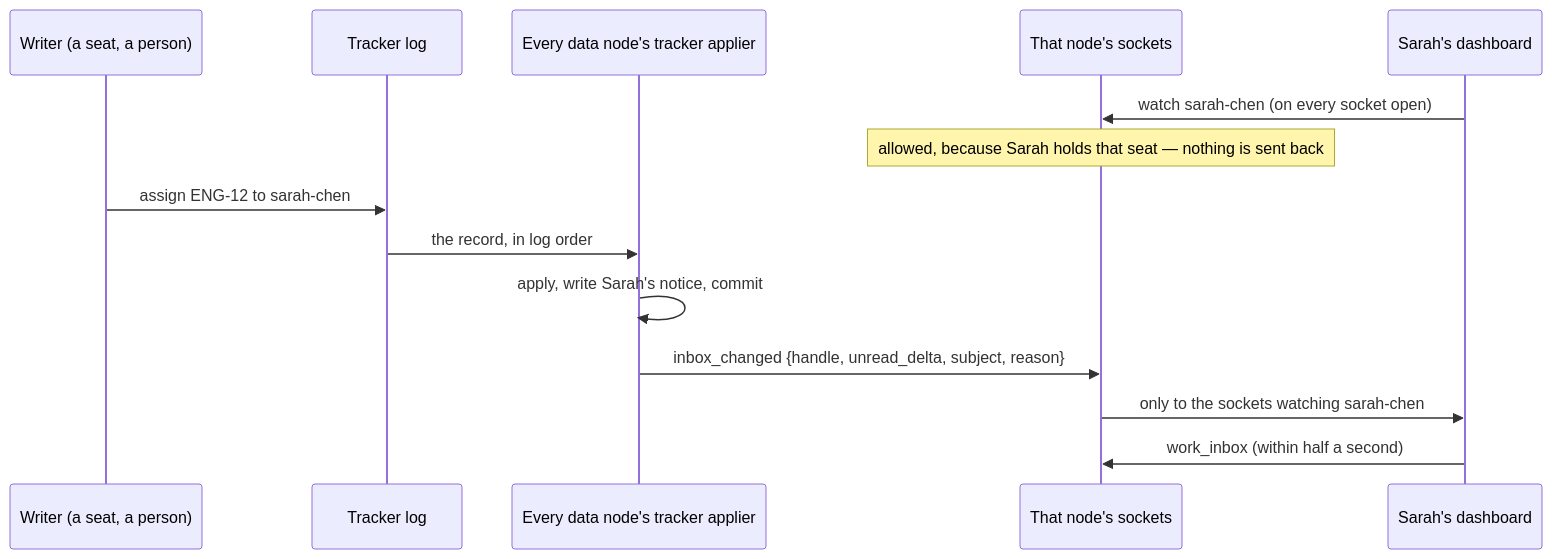
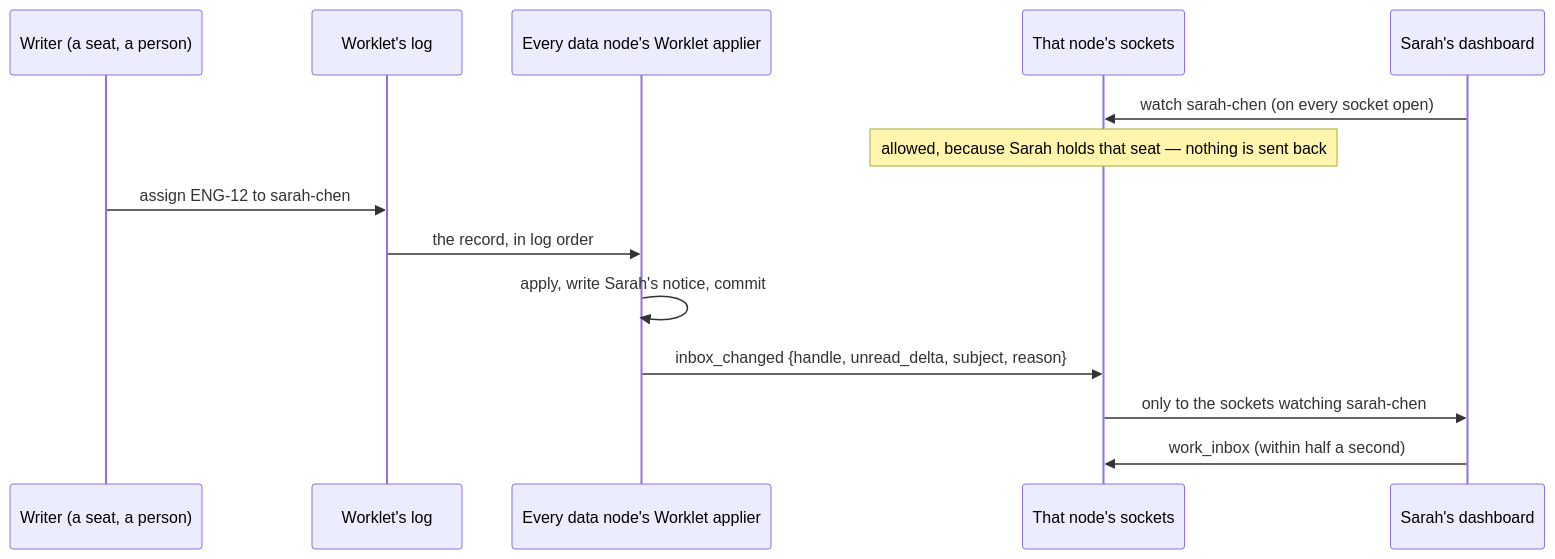
The third of 3 diagrams in docs/concepts/humans-in-the-org.md (crewlet/crewlet), drawn with Mermaid before and after one commit. The commit also changed other lines of this file and 55 other files, not shown here.

First line of the commit message:
docs(docs): name the tracker Worklet and the knowledge base Doclet

````diff
--- a/docs/concepts/humans-in-the-org.md
+++ b/docs/concepts/humans-in-the-org.md
@@ -455,16 +455,16 @@
 ```mermaid
 sequenceDiagram
     participant W as Writer (a seat, a person)
-    participant L as Tracker log
-    participant N as Every data node's tracker applier
+    participant L as Worklet's log
+    participant N as Every data node's Worklet applier
     participant S as That node's sockets
     participant D as Sarah's dashboard
     D->>S: watch sarah-chen (on every socket open)
     Note over S: allowed, because Sarah holds that seat — nothing is sent back
     W->>L: assign ENG-12 to sarah-chen
     L->>N: the record, in log order
     N->>N: apply, write Sarah's notice, commit
     N->>S: inbox_changed {handle, unread_delta, subject, reason}
     S->>D: only to the sockets watching sarah-chen
     D->>S: work_inbox (within half a second)
 ```
````
